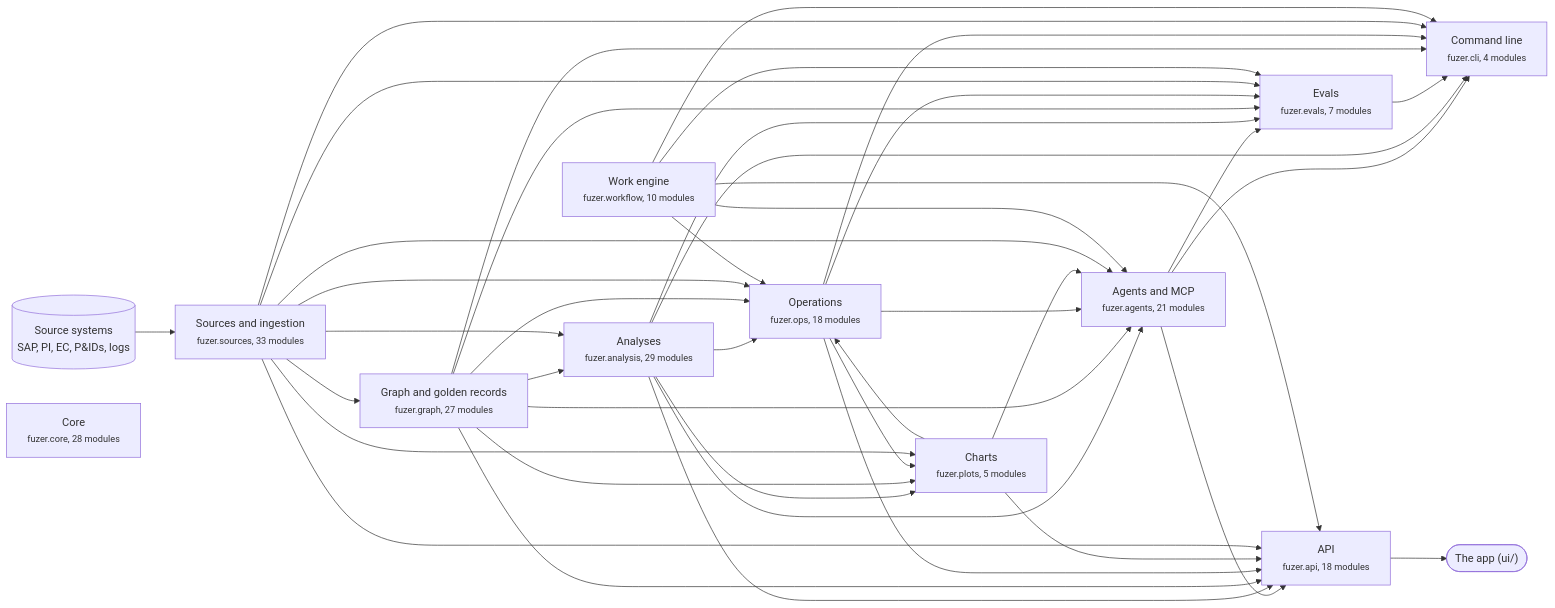
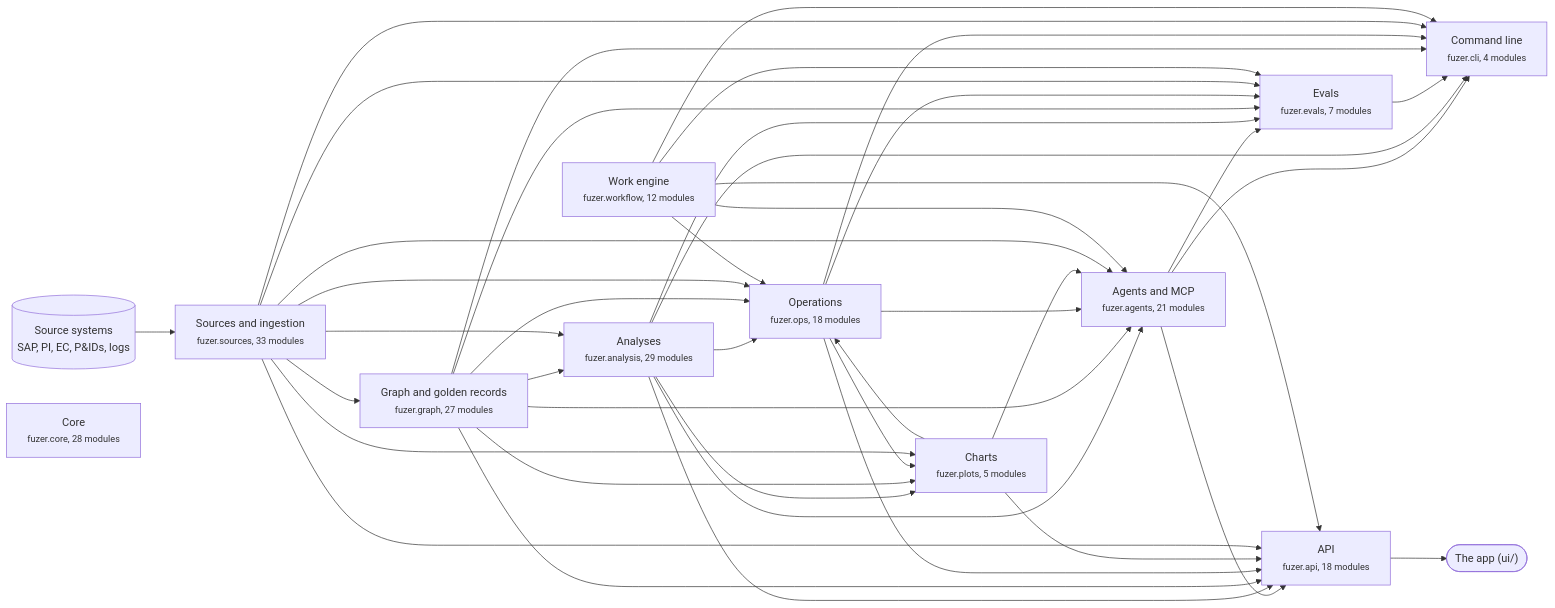
Before and after one commit to areed145/fuzer: the first of 3 diagrams in docs/architecture.md, drawn with Mermaid. The commit also changed other lines of this file and 17 other files, not shown here.

````diff
--- a/docs/architecture.md
+++ b/docs/architecture.md
@@ -8,66 +8,66 @@
 ```mermaid
 flowchart LR
   systems[("Source systems<br>SAP, PI, EC, P&IDs, logs")] --> c_sources
   app(["The app (ui/)"])
   c_api --> app
   c_sources["Sources and ingestion<br><small>fuzer.sources, 33 modules</small>"]
   c_graph["Graph and golden records<br><small>fuzer.graph, 27 modules</small>"]
   c_analysis["Analyses<br><small>fuzer.analysis, 29 modules</small>"]
   c_ops["Operations<br><small>fuzer.ops, 18 modules</small>"]
   c_plots["Charts<br><small>fuzer.plots, 5 modules</small>"]
-  c_workflow["Work engine<br><small>fuzer.workflow, 10 modules</small>"]
+  c_workflow["Work engine<br><small>fuzer.workflow, 12 modules</small>"]
   c_agents["Agents and MCP<br><small>fuzer.agents, 21 modules</small>"]
   c_evals["Evals<br><small>fuzer.evals, 7 modules</small>"]
   c_api["API<br><small>fuzer.api, 18 modules</small>"]
   c_cli["Command line<br><small>fuzer.cli, 4 modules</small>"]
   c_core["Core<br><small>fuzer.core, 28 modules</small>"]
   c_sources --> c_graph
   c_graph --> c_analysis
   c_sources --> c_analysis
   c_analysis --> c_ops
   c_graph --> c_ops
   c_plots --> c_ops
   c_sources --> c_ops
   c_workflow --> c_ops
   c_analysis --> c_plots
   c_graph --> c_plots
   c_ops --> c_plots
   c_sources --> c_plots
   c_analysis --> c_agents
   c_graph --> c_agents
   c_ops --> c_agents
   c_plots --> c_agents
   c_sources --> c_agents
   c_workflow --> c_agents
   c_agents --> c_evals
   c_analysis --> c_evals
   c_graph --> c_evals
   c_ops --> c_evals
   c_sources --> c_evals
   c_workflow --> c_evals
   c_agents --> c_api
   c_analysis --> c_api
   c_graph --> c_api
   c_ops --> c_api
   c_plots --> c_api
   c_sources --> c_api
   c_workflow --> c_api
   c_agents --> c_cli
   c_analysis --> c_cli
   c_evals --> c_cli
   c_graph --> c_cli
   c_ops --> c_cli
   c_sources --> c_cli
   c_workflow --> c_cli
   click c_sources "https://github.com/areed145/fuzer/tree/main/src/fuzer/sources"
   click c_graph "https://github.com/areed145/fuzer/tree/main/src/fuzer/graph"
   click c_analysis "https://github.com/areed145/fuzer/tree/main/src/fuzer/analysis"
   click c_ops "https://github.com/areed145/fuzer/tree/main/src/fuzer/ops"
   click c_plots "https://github.com/areed145/fuzer/tree/main/src/fuzer/plots"
   click c_workflow "https://github.com/areed145/fuzer/tree/main/src/fuzer/workflow"
   click c_agents "https://github.com/areed145/fuzer/tree/main/src/fuzer/agents"
   click c_evals "https://github.com/areed145/fuzer/tree/main/src/fuzer/evals"
   click c_api "https://github.com/areed145/fuzer/tree/main/src/fuzer/api"
   click c_cli "https://github.com/areed145/fuzer/tree/main/src/fuzer/cli"
   click c_core "https://github.com/areed145/fuzer/tree/main/src/fuzer/core"
 ```
````
